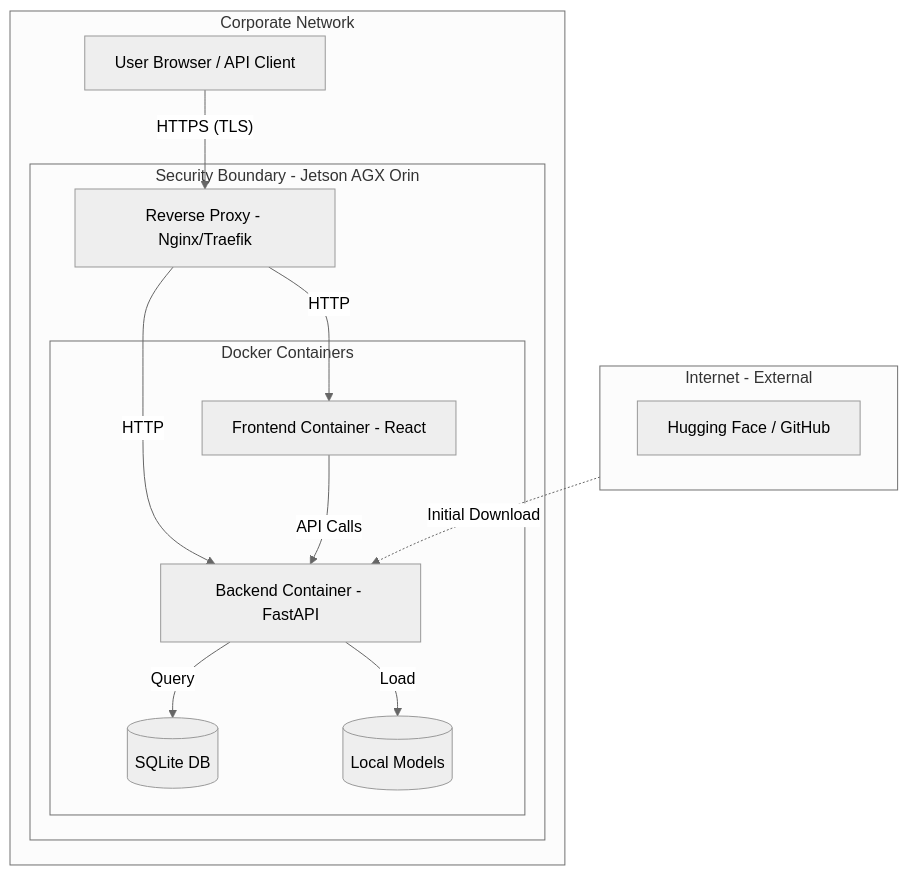
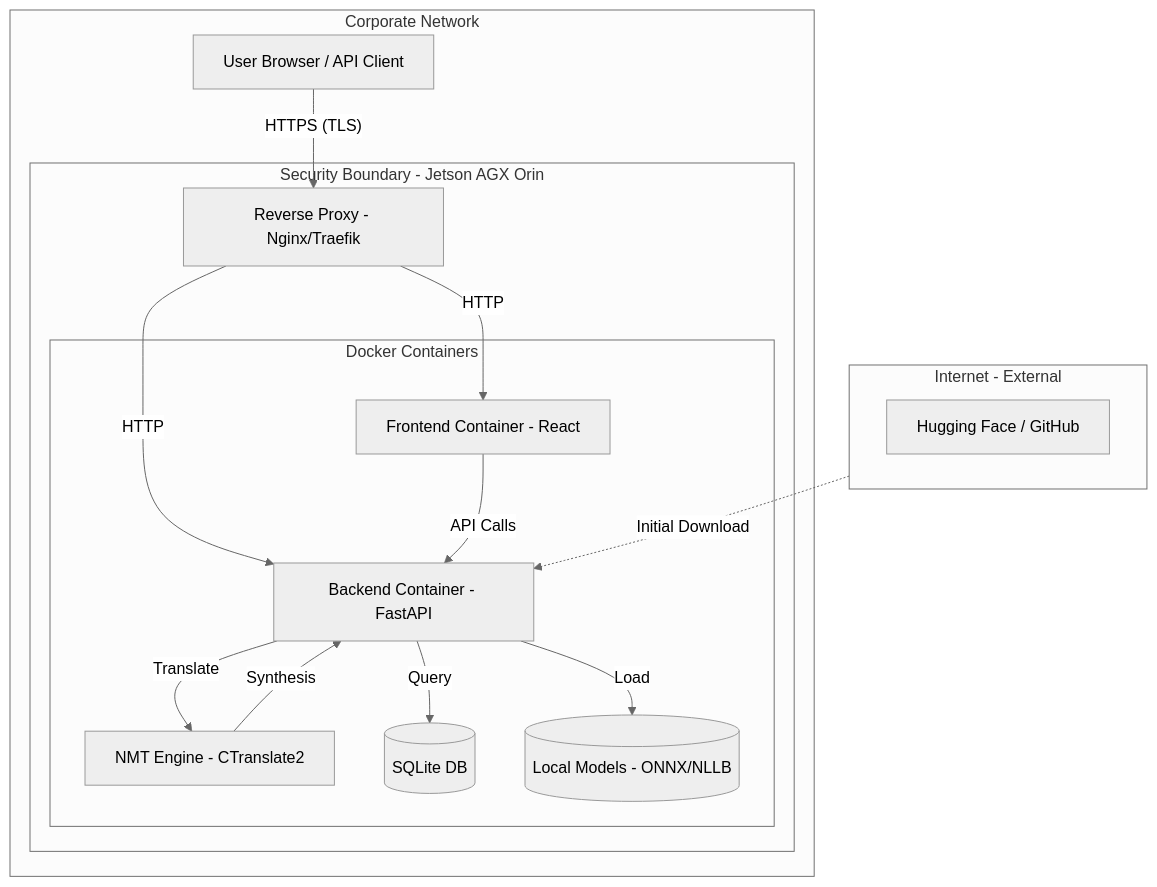
One commit to SURAJTHEGREAT/AstroKoboraTTS changed the diagram in wiki/7-security-and-vulnerability-report.md. Above: the diagram before and after it, drawn with Mermaid (neutral theme). The commit also changed 9 other files, not shown here.

Commit message:
docs: update architecture and wiki with translation functionality

````diff
--- a/wiki/7-security-and-vulnerability-report.md
+++ b/wiki/7-security-and-vulnerability-report.md
@@ -9,31 +9,34 @@
 ```mermaid
 graph TB
     subgraph Corporate_Network [Corporate Network]
         Client[User Browser / API Client]
 
         subgraph Security_Boundary [Security Boundary - Jetson AGX Orin]
             Proxy[Reverse Proxy - Nginx/Traefik]
 
             subgraph Container_Environment [Docker Containers]
                 Frontend[Frontend Container - React]
                 Backend[Backend Container - FastAPI]
+                NMT[NMT Engine - CTranslate2]
                 DB[(SQLite DB)]
-                Models[(Local Models)]
+                Models[(Local Models - ONNX/NLLB)]
             end
         end
     end
 
     subgraph Internet [Internet - External]
         HF[Hugging Face / GitHub]
     end
 
     Client -- HTTPS (TLS) --> Proxy
     Proxy -- HTTP --> Frontend
     Proxy -- HTTP --> Backend
     Frontend -- API Calls --> Backend
+    Backend -- Translate --> NMT
+    NMT -- Synthesis --> Backend
     Backend -- Query --> DB
     Backend -- Load --> Models
 
     %% Setup Phase
     Internet -.->|Initial Download| Backend
 ```
````
